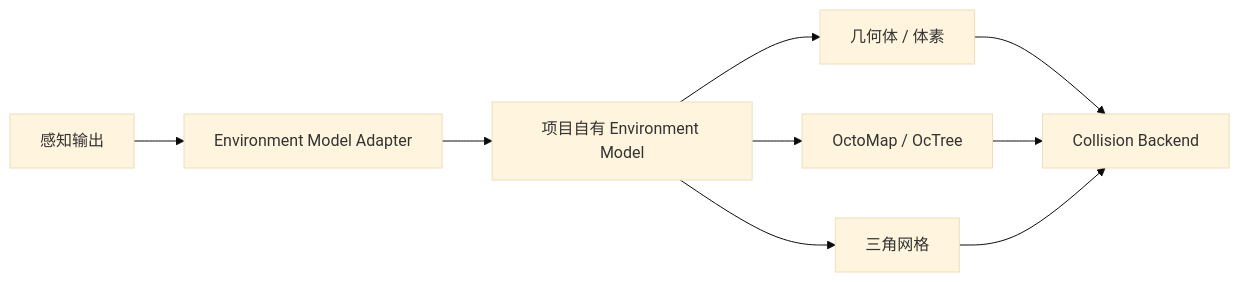
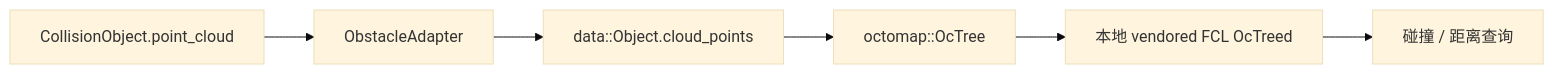
Before and after one commit to Polaris-zhj/excavator_motion_planning: the fourth of 4 diagrams in docs/collision_detection_design.md, drawn with Mermaid (base theme). The commit also changed other lines of this file and 557 other files, not shown here.

````diff
--- a/docs/collision_detection_design.md
+++ b/docs/collision_detection_design.md
@@ -417,11 +494,8 @@
 ```mermaid
 flowchart LR
-    Perception[感知输出] --> Adapter[Environment Model Adapter]
-    Adapter --> Scene[项目自有 Environment Model]
-    Scene --> Primitive[几何体 / 体素]
-    Scene --> Octree[OctoMap / OcTree]
-    Scene --> Mesh[三角网格]
-    Primitive --> Backend[Collision Backend]
-    Octree --> Backend
-    Mesh --> Backend
+    Msg[CollisionObject.point_cloud] --> Adapter[ObstacleAdapter]
+    Adapter --> Obj[data::Object.cloud_points]
+    Obj --> Octree[octomap::OcTree]
+    Octree --> FCL[本地 vendored FCL OcTreed]
+    FCL --> Query[碰撞 / 距离查询]
 ```
````
